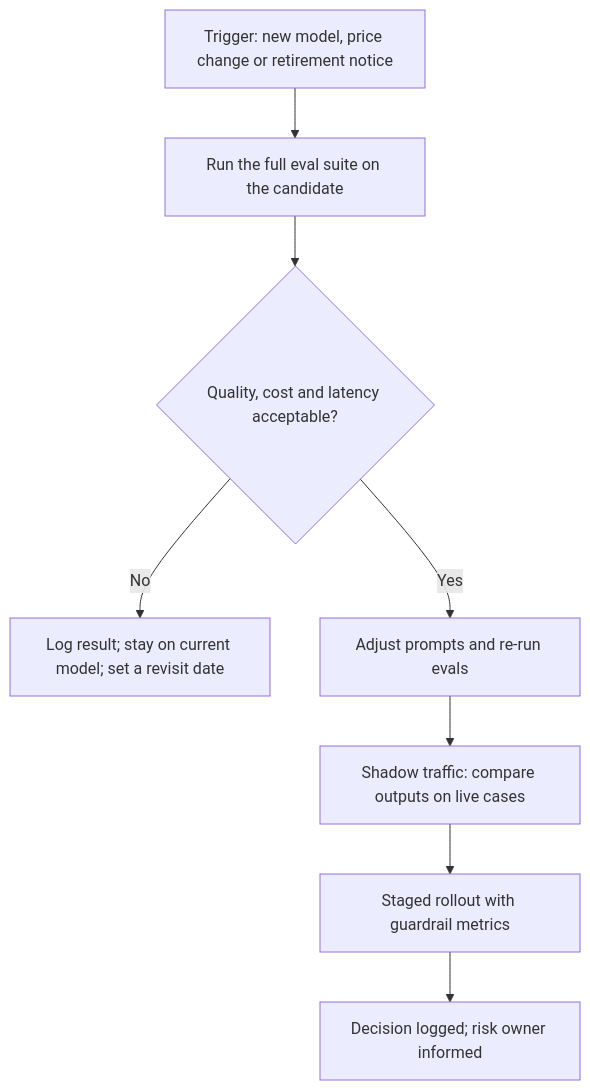
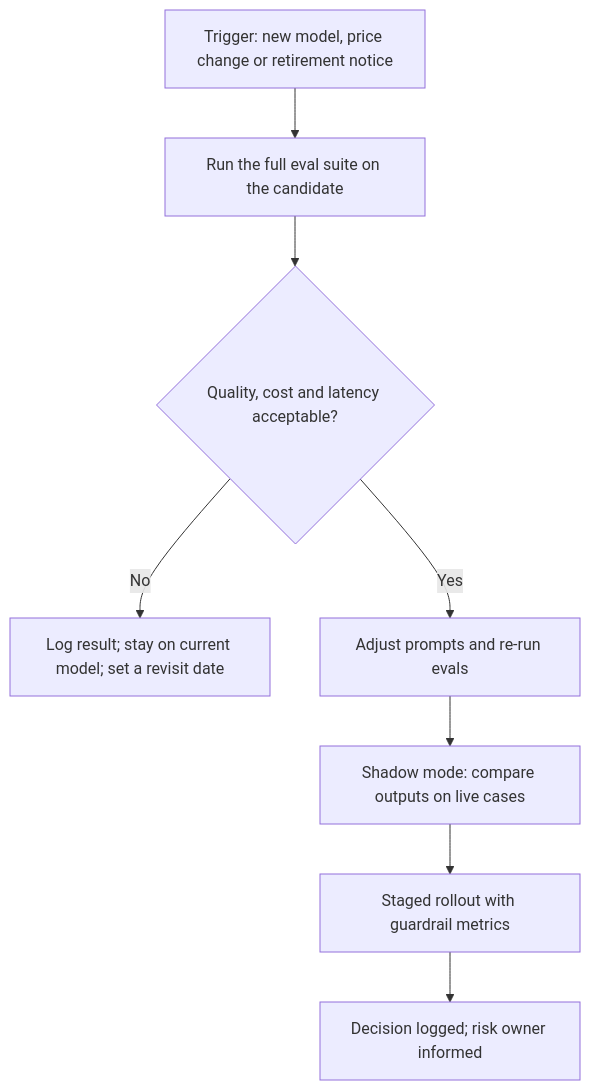
Before and after one commit to Tamoura/system-design-for-vibe-coders: the second of 4 diagrams in aipm/modules/09-strategy.md, drawn with Mermaid. The commit also changed other lines of this file and 551 other files, not shown here.

````diff
--- a/aipm/modules/09-strategy.md
+++ b/aipm/modules/09-strategy.md
@@ -323,10 +331,10 @@
 ```mermaid
 flowchart TD
     A["Trigger: new model, price change or retirement notice"] --> B["Run the full eval suite on the candidate"]
     B --> C{"Quality, cost and latency acceptable?"}
     C -- "No" --> D["Log result; stay on current model; set a revisit date"]
     C -- "Yes" --> E["Adjust prompts and re-run evals"]
-    E --> F["Shadow traffic: compare outputs on live cases"]
+    E --> F["Shadow mode: compare outputs on live cases"]
     F --> G["Staged rollout with guardrail metrics"]
     G --> H["Decision logged; risk owner informed"]
 ```
````
